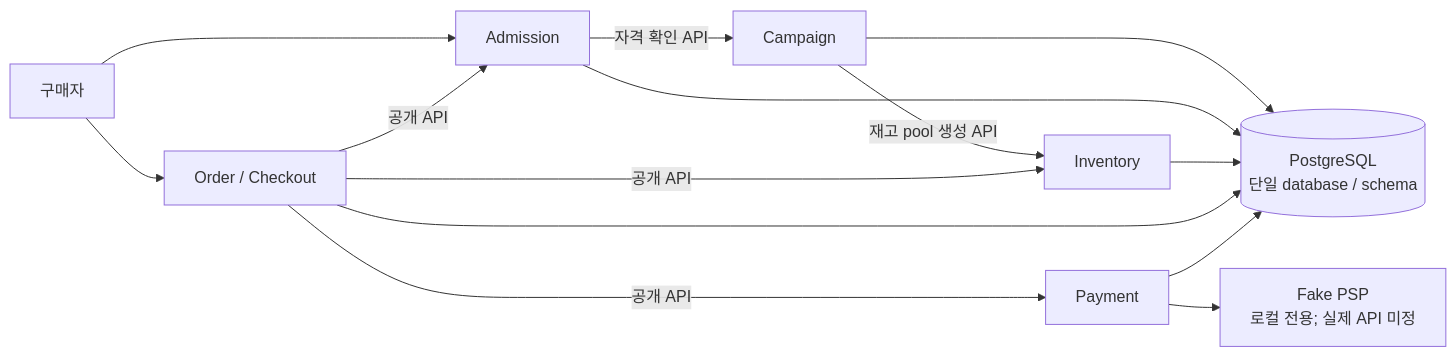
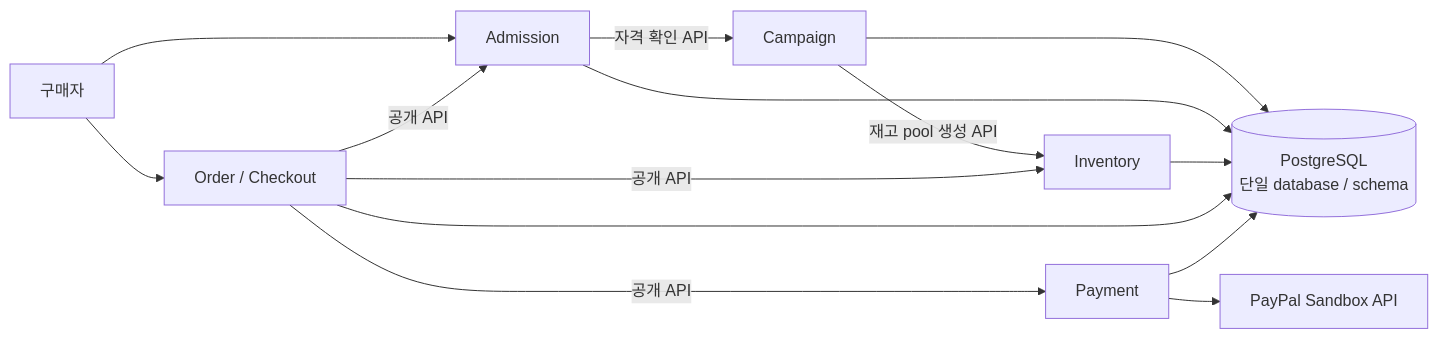
One commit to Neo1228/ATLAS changed the second of 2 diagrams in docs/02-decisions/adr/ADR-0001-architecture-style.md. Above: the diagram before and after it, drawn with Mermaid. The commit also changed other lines of this file and 47 other files, not shown here.

````diff
--- a/docs/02-decisions/adr/ADR-0001-architecture-style.md
+++ b/docs/02-decisions/adr/ADR-0001-architecture-style.md
@@ -55,16 +59,16 @@
 ```mermaid
 flowchart LR
     Buyer[구매자] --> Admission
     Admission -->|"자격 확인 API"| Campaign
     Campaign -->|"재고 pool 생성 API"| Inventory
     Buyer --> Checkout["Order / Checkout"]
     Checkout -->|"공개 API"| Admission
     Checkout -->|"공개 API"| Inventory
     Checkout -->|"공개 API"| Payment
     Campaign --> DB[("PostgreSQL<br/>단일 database / schema")]
     Admission --> DB
     Inventory --> DB
     Checkout --> DB
     Payment --> DB
-    Payment --> PSP["Fake PSP<br/>로컬 전용; 실제 API 미정"]
+    Payment --> PSP["PayPal Sandbox API"]
 ```
````
